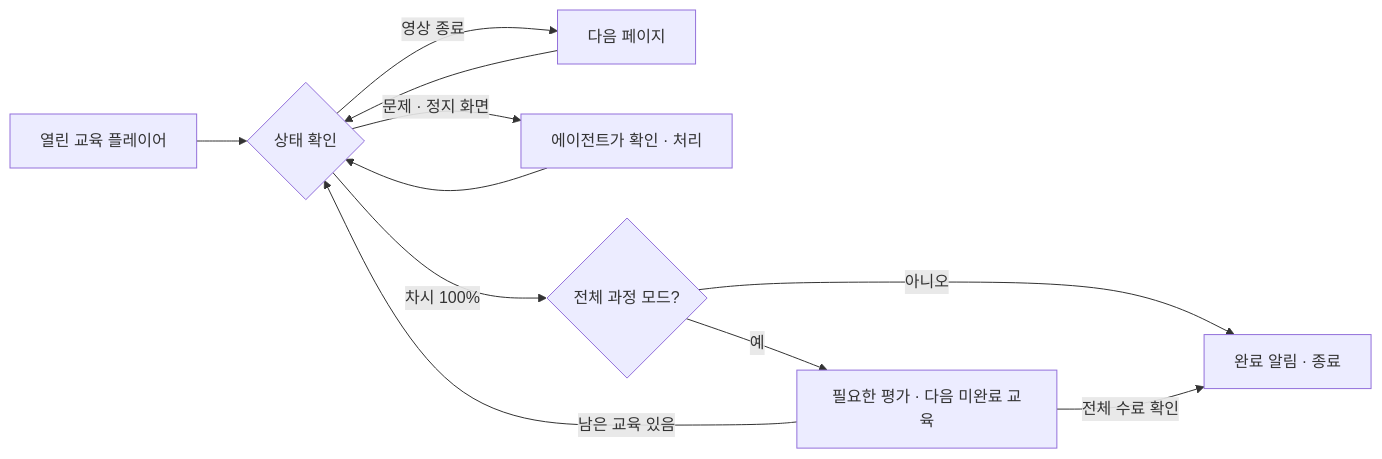
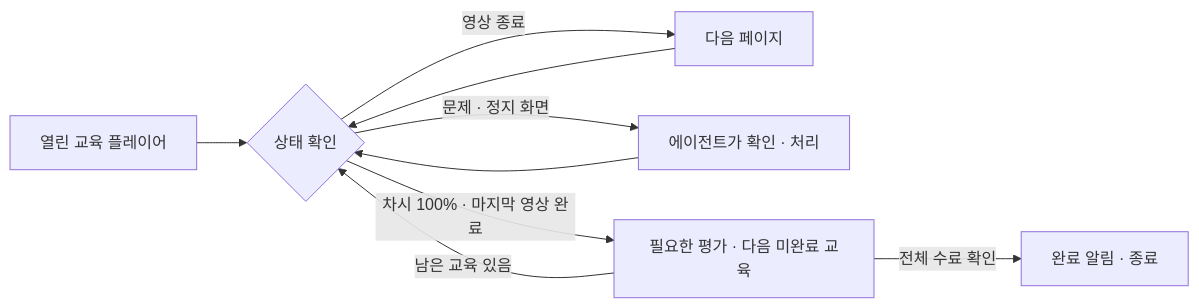
The diagram in README.md (nathankim0/kehrd-autoplay-skill), drawn with Mermaid before and after one commit. The commit also changed other lines of this file and 3 other files, not shown here.

````diff
--- a/README.md
+++ b/README.md
@@ -78,13 +77,11 @@
 ```mermaid
 flowchart LR
     A[열린 교육 플레이어] --> B{상태 확인}
     B -->|영상 종료| C[다음 페이지]
     C --> B
     B -->|문제 · 정지 화면| D[에이전트가 확인 · 처리]
     D --> B
-    B -->|차시 100%| E{전체 과정 모드?}
-    E -->|아니오| F[완료 알림 · 종료]
-    E -->|예| G[필요한 평가 · 다음 미완료 교육]
+    B -->|차시 100% · 마지막 영상 완료| G[필요한 평가 · 다음 미완료 교육]
     G -->|남은 교육 있음| B
-    G -->|전체 수료 확인| F
+    G -->|전체 수료 확인| F[완료 알림 · 종료]
 ```
````
